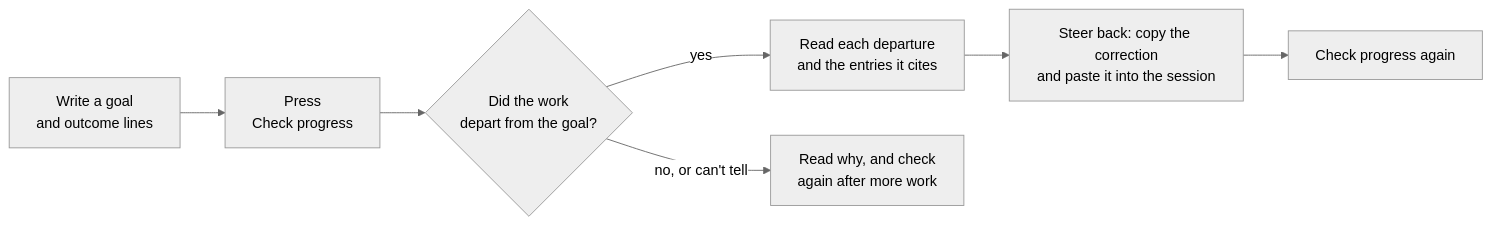
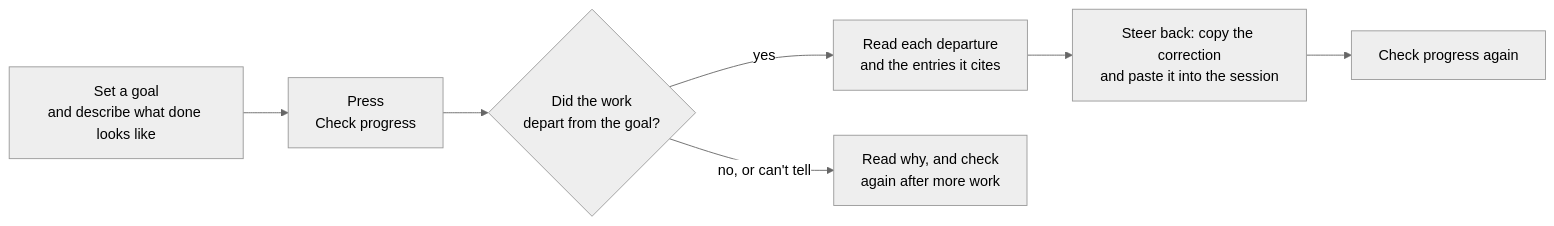
One commit to spacedock-dev/compass changed the first of 2 diagrams in docs/how-it-works.md. Above: the diagram before and after it, drawn with Mermaid (neutral theme). The commit also changed other lines of this file and 7 other files, not shown here.

First line of the commit message:
docs(board): describe goals and progress on the redesigned board

````diff
--- a/docs/how-it-works.md
+++ b/docs/how-it-works.md
@@ -25,9 +29,9 @@
 ```mermaid
 flowchart LR
-    A["Write a goal<br/>and outcome lines"] --> B["Press<br/>Check progress"]
+    A["Set a goal<br/>and describe what done looks like"] --> B["Press<br/>Check progress"]
     B --> C{"Did the work<br/>depart from the goal?"}
     C -- "yes" --> D["Read each departure<br/>and the entries it cites"]
     D --> E["Steer back: copy the correction<br/>and paste it into the session"]
     C -- "no, or can't tell" --> F["Read why, and check<br/>again after more work"]
     E --> G["Check progress again"]
 ```
````
